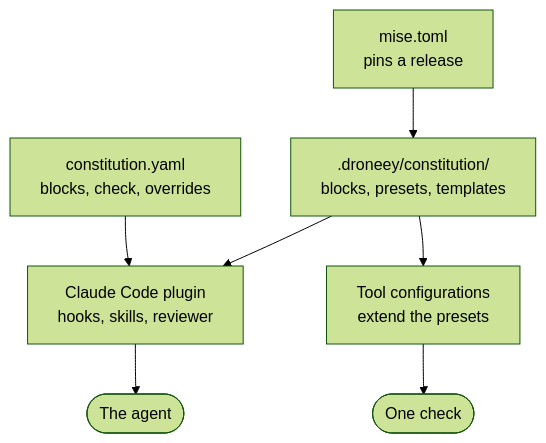
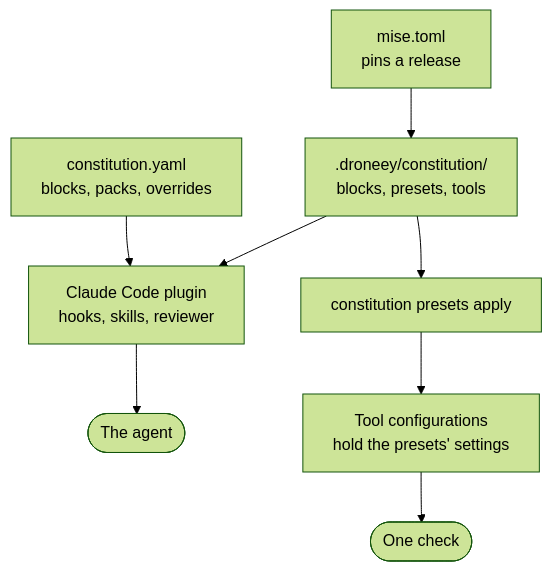
One commit to droneey/constitution changed the second of 2 diagrams in docs/how-it-works.md. Above: the diagram before and after it, drawn with Mermaid (forest theme). The commit also changed other lines of this file and 2933 other files, not shown here.

Commit message:
feat: Compute presets from catalogues and write them with constitution presets apply (#391)

````diff
--- a/docs/how-it-works.md
+++ b/docs/how-it-works.md
@@ -51,7 +51,7 @@
 ```mermaid
 flowchart TD
-  pin["mise.toml<br/>pins a release"] --> release[".droneey/constitution/<br/>blocks, presets, templates"]
-  config["constitution.yaml<br/>blocks, check, overrides"] --> plugin["Claude Code plugin<br/>hooks, skills, reviewer"]
+  pin["mise.toml<br/>pins a release"] --> release[".droneey/constitution/<br/>blocks, presets, tools"]
+  config["constitution.yaml<br/>blocks, packs, overrides"] --> plugin["Claude Code plugin<br/>hooks, skills, reviewer"]
   release --> plugin --> agent(["The agent"])
-  release --> tools["Tool configurations<br/>extend the presets"] --> check(["One check"])
+  release --> apply["constitution presets apply"] --> tools["Tool configurations<br/>hold the presets' settings"] --> check(["One check"])
 ```
````
